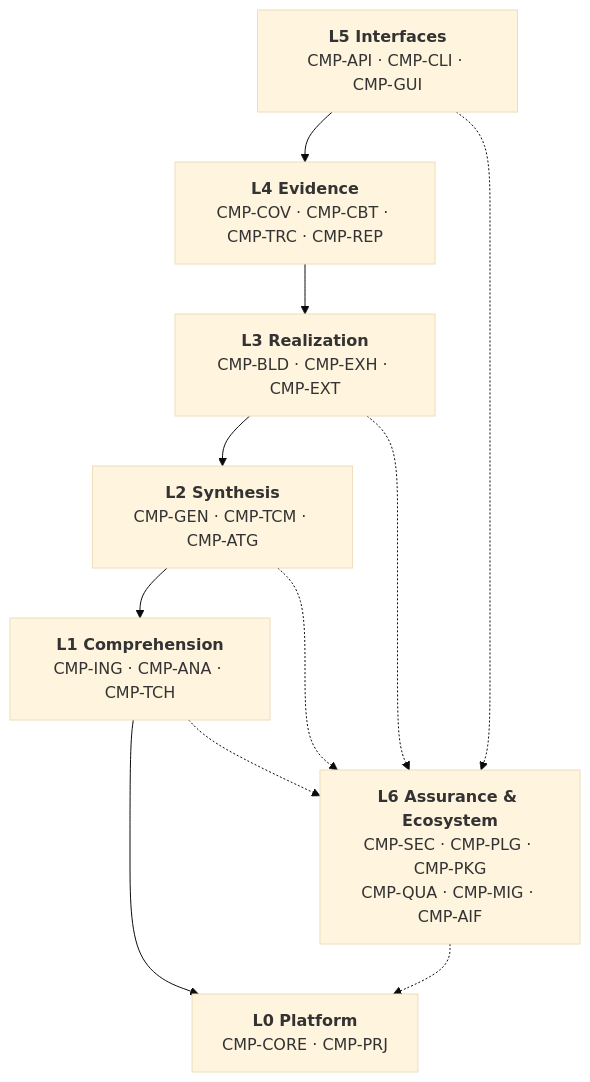
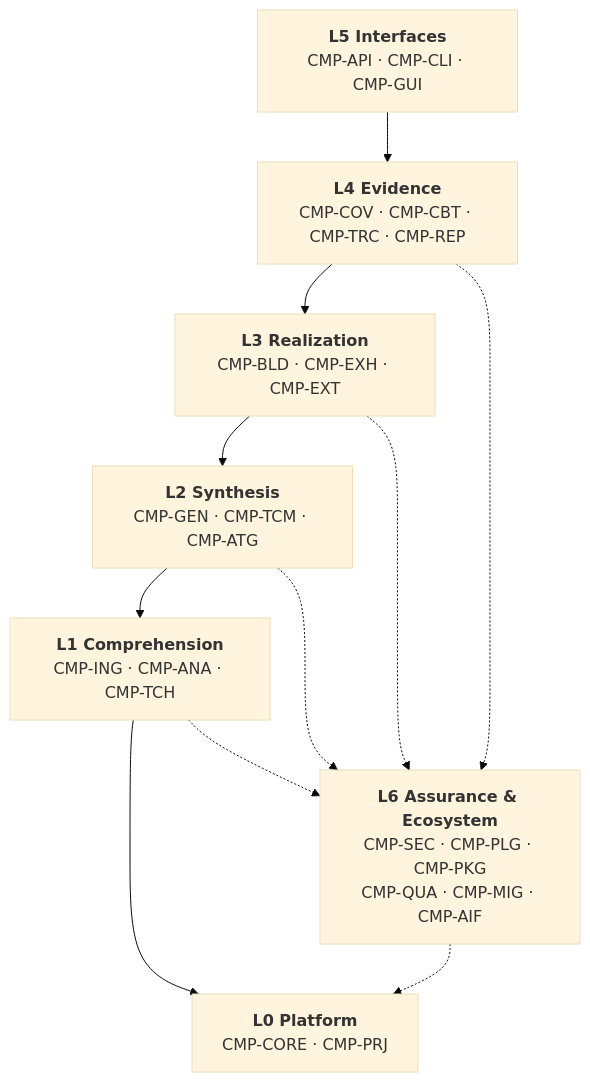
Before and after one commit to suduli/embedded-c-unit-test-tool: the second of 4 diagrams in design/SDD-001-architecture.md, drawn with Mermaid (base theme). The commit also changed other lines of this file and 9 other files, not shown here.

````diff
--- a/design/SDD-001-architecture.md
+++ b/design/SDD-001-architecture.md
@@ -115,17 +118,17 @@
 ```mermaid
 flowchart TD
   L5["<b>L5 Interfaces</b><br/>CMP-API · CMP-CLI · CMP-GUI"]
   L4["<b>L4 Evidence</b><br/>CMP-COV · CMP-CBT · CMP-TRC · CMP-REP"]
   L3["<b>L3 Realization</b><br/>CMP-BLD · CMP-EXH · CMP-EXT"]
   L2["<b>L2 Synthesis</b><br/>CMP-GEN · CMP-TCM · CMP-ATG"]
   L1["<b>L1 Comprehension</b><br/>CMP-ING · CMP-ANA · CMP-TCH"]
   L0["<b>L0 Platform</b><br/>CMP-CORE · CMP-PRJ"]
   L6["<b>L6 Assurance &amp; Ecosystem</b><br/>CMP-SEC · CMP-PLG · CMP-PKG<br/>CMP-QUA · CMP-MIG · CMP-AIF"]
 
   L5 --> L4 --> L3 --> L2 --> L1 --> L0
   L6 -.-> L0
-  L5 -.-> L6
+  L4 -.-> L6
   L3 -.-> L6
   L2 -.-> L6
   L1 -.-> L6
 ```
````
